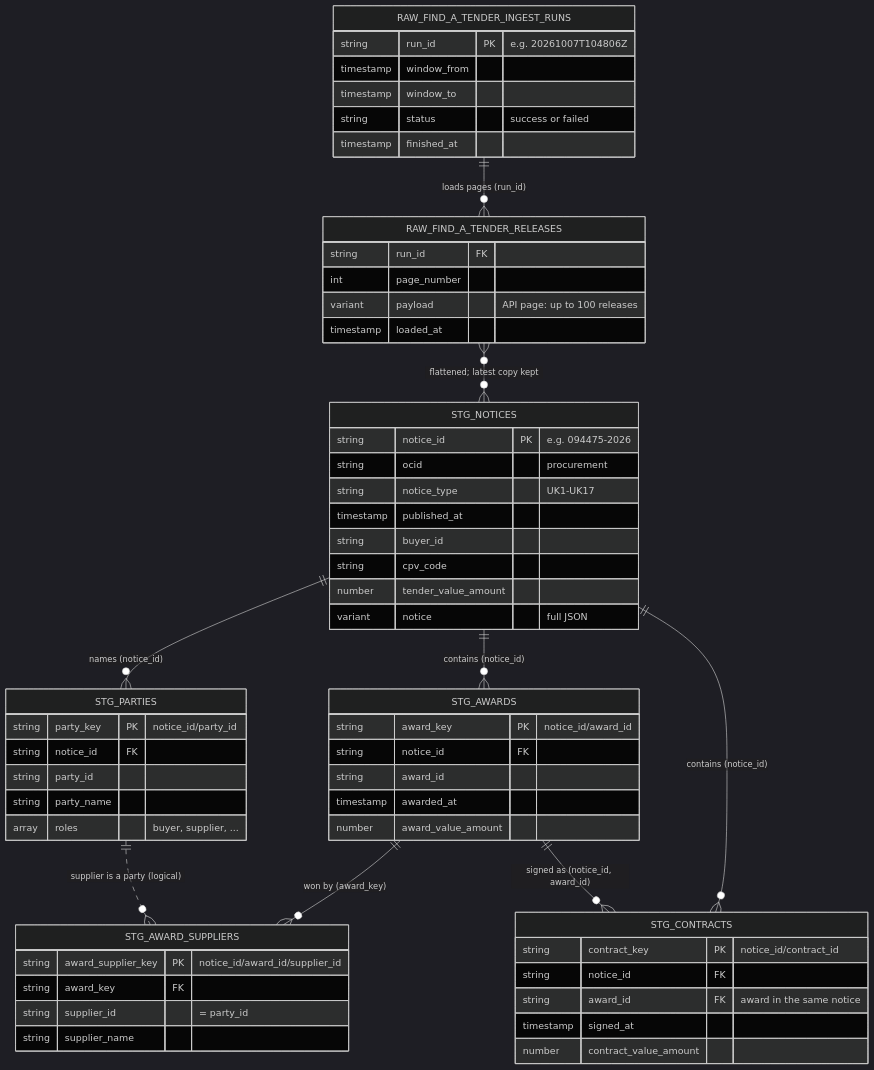
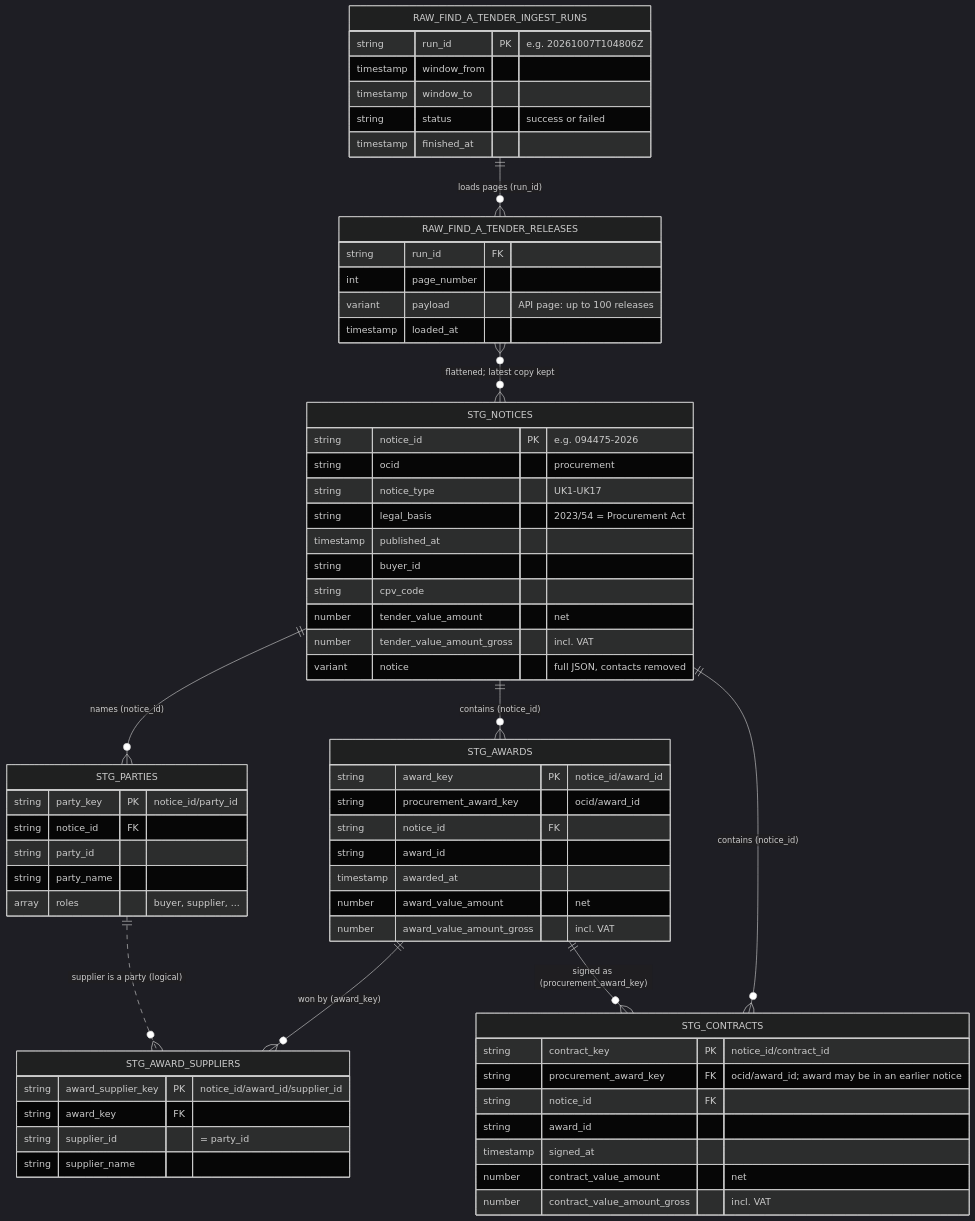
One commit to jacekjastrzebski/uk-tenders-dbt-snowflake changed the diagram in docs/diagrams/staging-erd.md. Above: the diagram before and after it, drawn with Mermaid (dark theme). The commit also changed other lines of this file and 11 other files, not shown here.

````diff
--- a/docs/diagrams/staging-erd.md
+++ b/docs/diagrams/staging-erd.md
@@ -5,62 +5,68 @@
 ```mermaid
 erDiagram
     RAW_FIND_A_TENDER_INGEST_RUNS ||--o{ RAW_FIND_A_TENDER_RELEASES : "loads pages (run_id)"
     RAW_FIND_A_TENDER_RELEASES }o--o{ STG_NOTICES : "flattened; latest copy kept"
     STG_NOTICES ||--o{ STG_PARTIES : "names (notice_id)"
     STG_NOTICES ||--o{ STG_AWARDS : "contains (notice_id)"
     STG_NOTICES ||--o{ STG_CONTRACTS : "contains (notice_id)"
     STG_AWARDS ||--o{ STG_AWARD_SUPPLIERS : "won by (award_key)"
-    STG_AWARDS ||--o{ STG_CONTRACTS : "signed as (notice_id, award_id)"
+    STG_AWARDS ||--o{ STG_CONTRACTS : "signed as (procurement_award_key)"
     STG_PARTIES ||..o{ STG_AWARD_SUPPLIERS : "supplier is a party (logical)"
 
     RAW_FIND_A_TENDER_INGEST_RUNS {
         string run_id PK "e.g. 20261007T104806Z"
         timestamp window_from
         timestamp window_to
         string status "success or failed"
         timestamp finished_at
     }
     RAW_FIND_A_TENDER_RELEASES {
         string run_id FK
         int page_number
         variant payload "API page: up to 100 releases"
         timestamp loaded_at
     }
     STG_NOTICES {
         string notice_id PK "e.g. 094475-2026"
         string ocid "procurement"
         string notice_type "UK1-UK17"
+        string legal_basis "2023/54 = Procurement Act"
         timestamp published_at
         string buyer_id
         string cpv_code
-        number tender_value_amount
-        variant notice "full JSON"
+        number tender_value_amount "net"
+        number tender_value_amount_gross "incl. VAT"
+        variant notice "full JSON, contacts removed"
     }
     STG_PARTIES {
         string party_key PK "notice_id/party_id"
         string notice_id FK
         string party_id
         string party_name
         array roles "buyer, supplier, ..."
     }
     STG_AWARDS {
         string award_key PK "notice_id/award_id"
+        string procurement_award_key "ocid/award_id"
         string notice_id FK
         string award_id
         timestamp awarded_at
-        number award_value_amount
+        number award_value_amount "net"
+        number award_value_amount_gross "incl. VAT"
     }
     STG_AWARD_SUPPLIERS {
         string award_supplier_key PK "notice_id/award_id/supplier_id"
         string award_key FK
         string supplier_id "= party_id"
         string supplier_name
     }
     STG_CONTRACTS {
         string contract_key PK "notice_id/contract_id"
+        string procurement_award_key FK "ocid/award_id; award may be in an earlier notice"
         string notice_id FK
-        string award_id FK "award in the same notice"
+        string award_id
         timestamp signed_at
-        number contract_value_amount
+        number contract_value_amount "net"
+        number contract_value_amount_gross "incl. VAT"
     }
 ```
````
